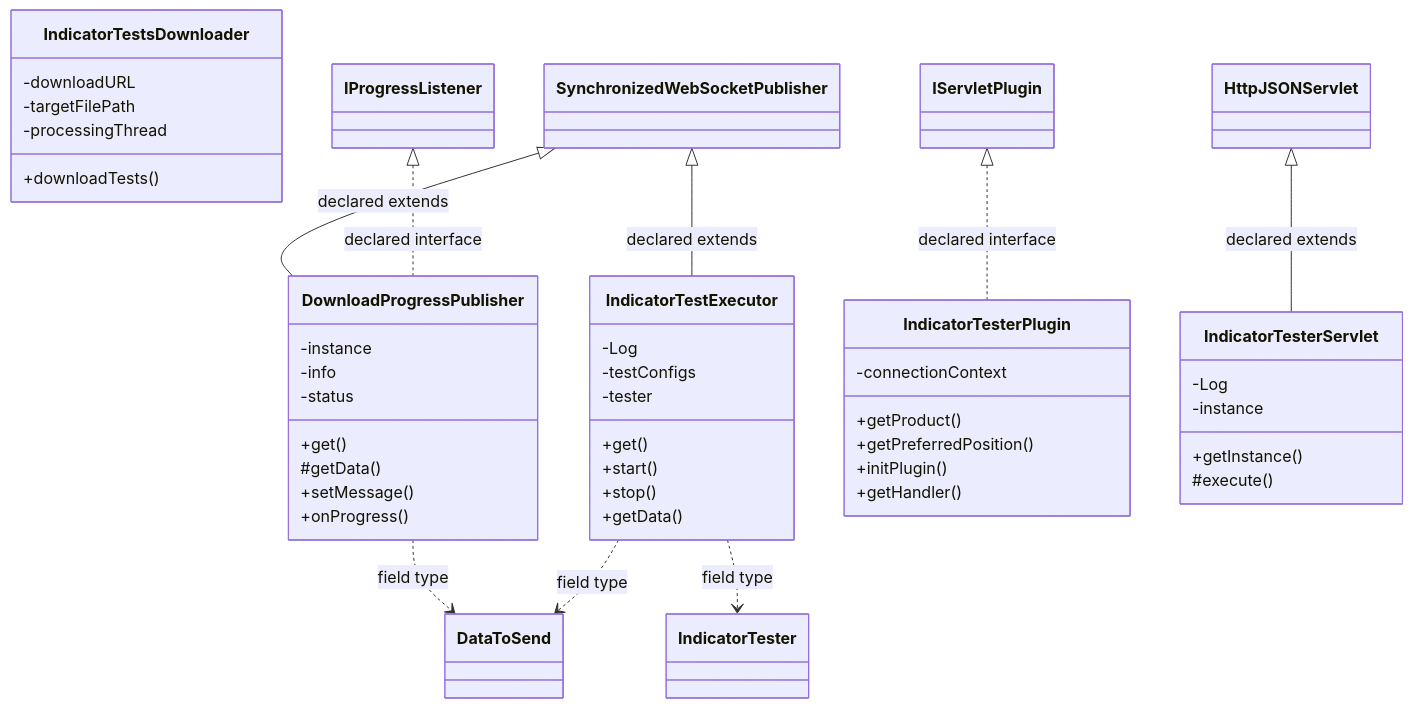
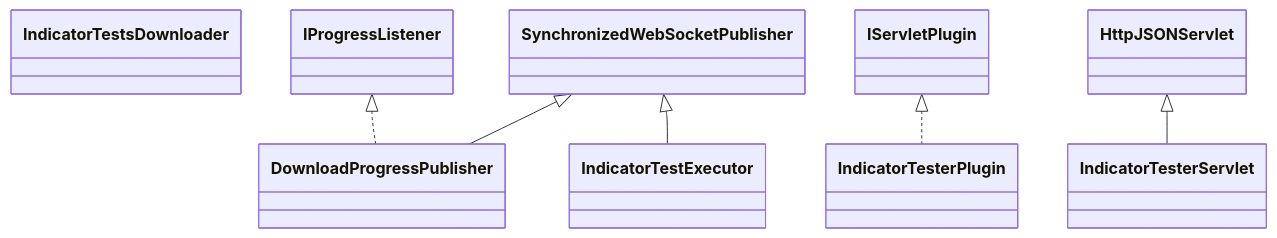
The diagram in docs/sqx/CodeEditor/CodeEditorIndicatorTester.md (haruperi/HaruQuantAI), drawn with Mermaid before and after one commit. The commit also changed other lines of this file and 1688 other files, not shown here.

````diff
--- a/docs/sqx/CodeEditor/CodeEditorIndicatorTester.md
+++ b/docs/sqx/CodeEditor/CodeEditorIndicatorTester.md
@@ -30,54 +26,17 @@
 ```mermaid
 classDiagram
-    class Ce5b5341d7e8d["DownloadProgressPublisher"] {
-        -instance
-        -info
-        -status
-        +get()
-        #getData()
-        +setMessage()
-        +onProgress()
-    }
-    class C2d141a513ab1["IndicatorTestExecutor"] {
-        -Log
-        -testConfigs
-        -tester
-        +get()
-        +start()
-        +stop()
-        +getData()
-    }
-    class Cd610a99ca102["IndicatorTesterPlugin"] {
-        -connectionContext
-        +getProduct()
-        +getPreferredPosition()
-        +initPlugin()
-        +getHandler()
-    }
-    class Ccf981f85976b["IndicatorTesterServlet"] {
-        -Log
-        -instance
-        +getInstance()
-        #execute()
-    }
-    class Cc1194c52d730["IndicatorTestsDownloader"] {
-        -downloadURL
-        -targetFilePath
-        -processingThread
-        +downloadTests()
-    }
-    class C686f22f7d531["IndicatorTester"]
-    class C4e26b970a2d9["IProgressListener"]
-    class C6128eed56b6d["DataToSend"]
-    class Ce87cf9854aad["SynchronizedWebSocketPublisher"]
-    class C249b5c671b1a["IServletPlugin"]
-    class C8900f90ae594["HttpJSONServlet"]
-    Ce87cf9854aad <|-- Ce5b5341d7e8d : declared extends
-    C4e26b970a2d9 <|.. Ce5b5341d7e8d : declared interface
-    Ce5b5341d7e8d ..> C6128eed56b6d : field type
-    Ce87cf9854aad <|-- C2d141a513ab1 : declared extends
-    C2d141a513ab1 ..> C686f22f7d531 : field type
-    C2d141a513ab1 ..> C6128eed56b6d : field type
-    C249b5c671b1a <|.. Cd610a99ca102 : declared interface
-    C8900f90ae594 <|-- Ccf981f85976b : declared extends
+    class C0["DownloadProgressPublisher"]
+    class C1["IndicatorTestExecutor"]
+    class C2["IndicatorTesterPlugin"]
+    class C3["IndicatorTesterServlet"]
+    class C4["IndicatorTestsDownloader"]
+    class E0["SynchronizedWebSocketPublisher"]
+    E0 <|-- C0
+    class E1["IProgressListener"]
+    E1 <|.. C0
+    E0 <|-- C1
+    class E2["IServletPlugin"]
+    E2 <|.. C2
+    class E3["HttpJSONServlet"]
+    E3 <|-- C3
 ```
````
